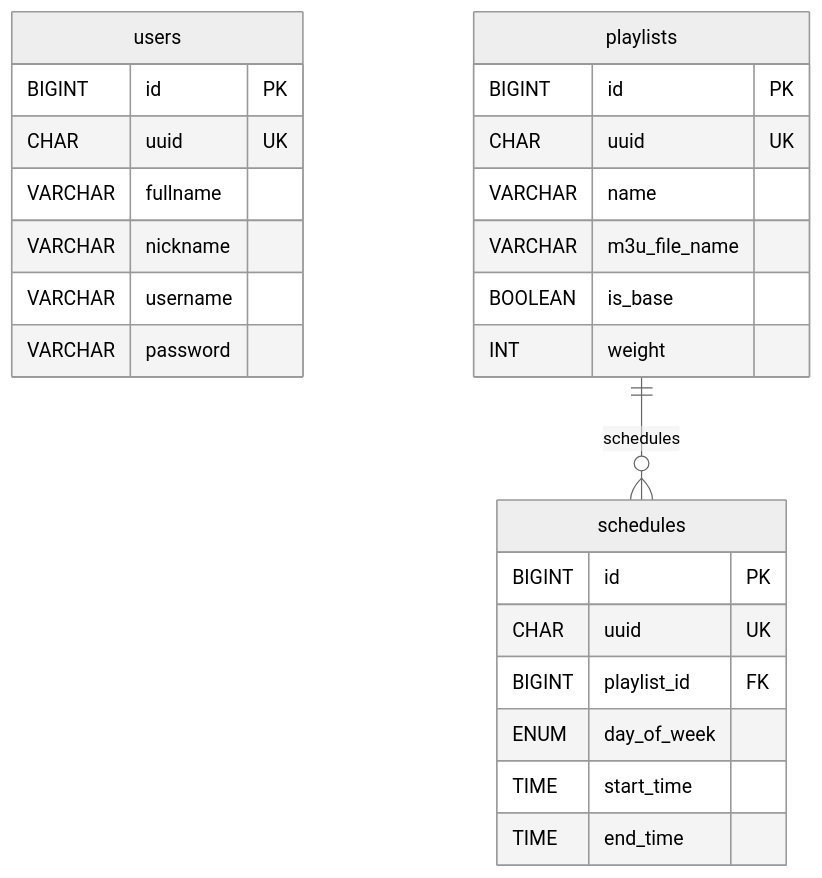
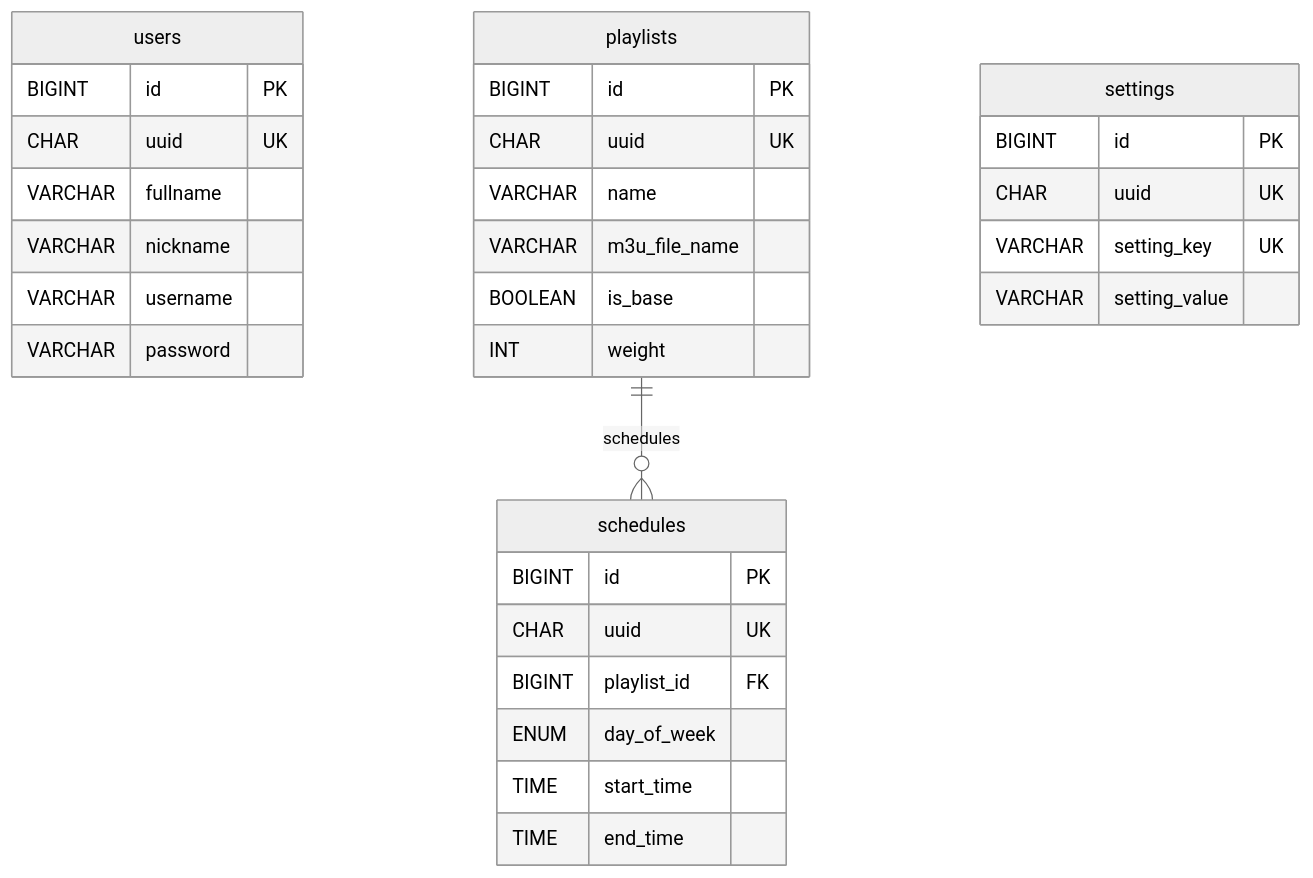
One commit to ojgabrielleal/streamora changed the diagram in docs/database-schema.md. Above: the diagram before and after it, drawn with Mermaid (neutral theme). The commit also changed 19 other files, not shown here.

````diff
--- a/docs/database-schema.md
+++ b/docs/database-schema.md
@@ -11,31 +11,38 @@
 ```mermaid
 erDiagram
     users {
         BIGINT id PK
         CHAR uuid UK
         VARCHAR fullname
         VARCHAR nickname
         VARCHAR username
         VARCHAR password
     }
 
     playlists {
         BIGINT id PK
         CHAR uuid UK
         VARCHAR name
         VARCHAR m3u_file_name
         BOOLEAN is_base
         INT weight
     }
 
     schedules {
         BIGINT id PK
         CHAR uuid UK
         BIGINT playlist_id FK
         ENUM day_of_week
         TIME start_time
         TIME end_time
     }
 
     playlists ||--o{ schedules : schedules
+
+    settings {
+        BIGINT id PK
+        CHAR uuid UK
+        VARCHAR setting_key UK
+        VARCHAR setting_value
+    }
 ```
````
